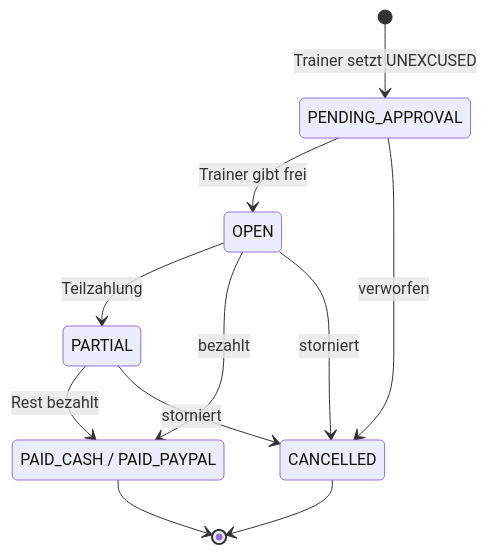
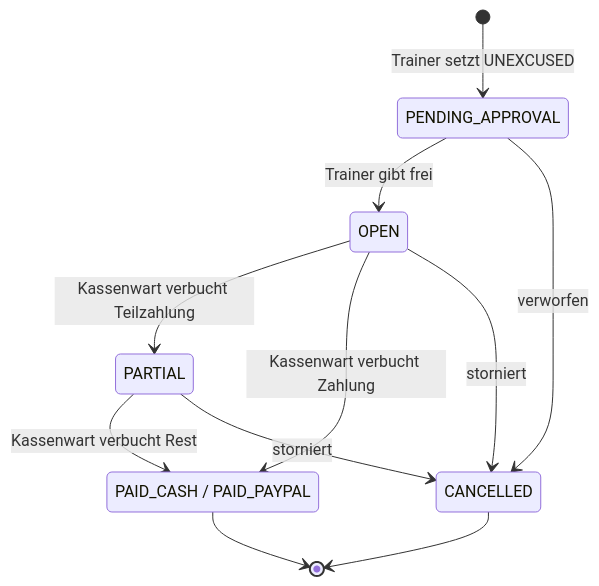
One commit to squadhq-team/squadhq-team changed the fourth of 5 diagrams in docs/architektur/sequenz-pen-02.md. Above: the diagram before and after it, drawn with Mermaid. The commit also changed other lines of this file and 9 other files, not shown here.

First line of the commit message:
Diagramme, Namensliste, Traceability und Demo-Ablauf auf P4-Stand

````diff
--- a/docs/architektur/sequenz-pen-02.md
+++ b/docs/architektur/sequenz-pen-02.md
@@ -122,14 +164,14 @@
 ```mermaid
 stateDiagram-v2
   state "PAID_CASH / PAID_PAYPAL" as PAID
   [*] --> PENDING_APPROVAL: Trainer setzt UNEXCUSED
   PENDING_APPROVAL --> OPEN: Trainer gibt frei
-  OPEN --> PARTIAL: Teilzahlung
-  OPEN --> PAID: bezahlt
-  PARTIAL --> PAID: Rest bezahlt
+  OPEN --> PARTIAL: Kassenwart verbucht Teilzahlung
+  OPEN --> PAID: Kassenwart verbucht Zahlung
+  PARTIAL --> PAID: Kassenwart verbucht Rest
   PENDING_APPROVAL --> CANCELLED: verworfen
   OPEN --> CANCELLED: storniert
   PARTIAL --> CANCELLED: storniert
   PAID --> [*]
   CANCELLED --> [*]
 ```
````
